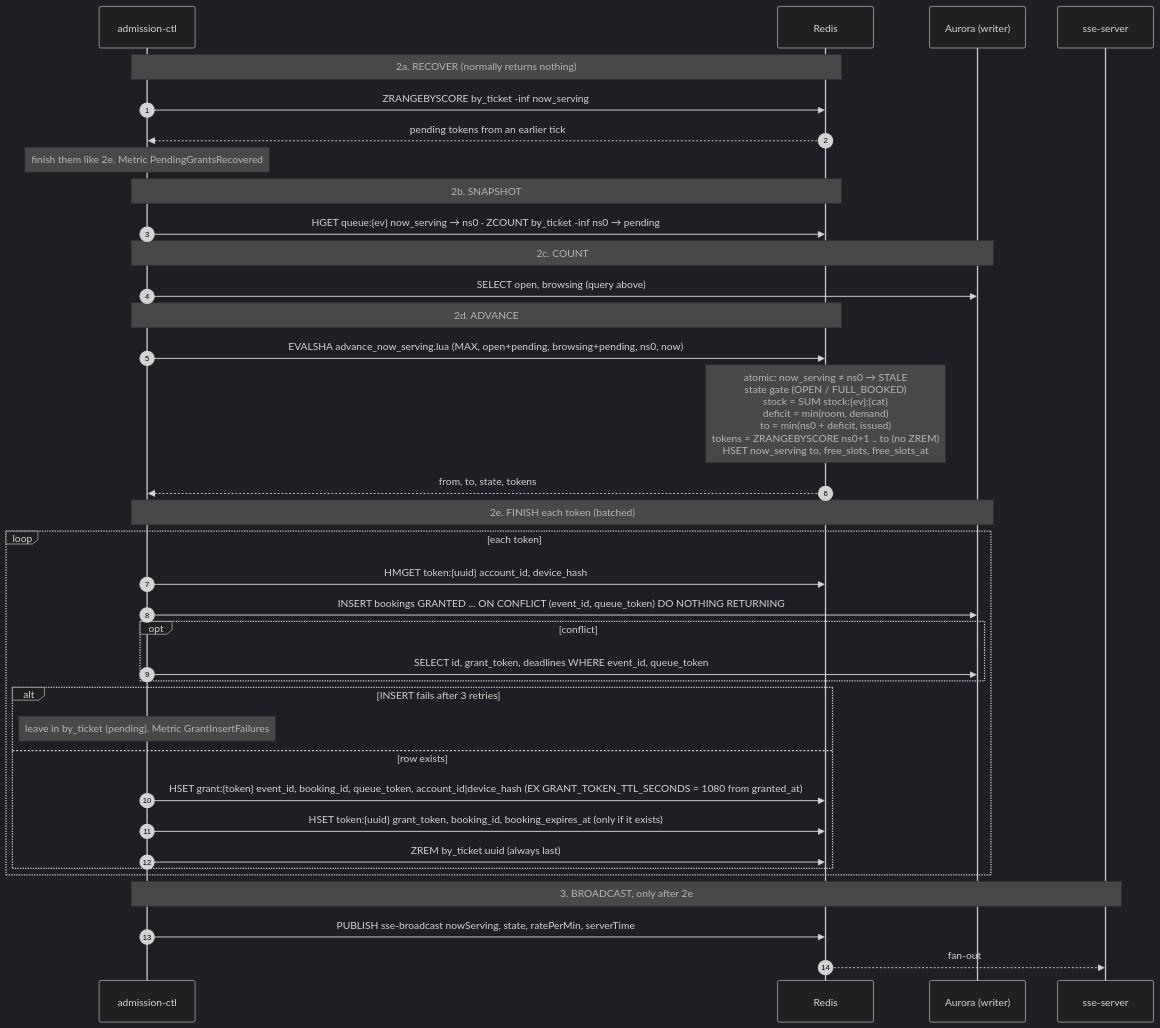
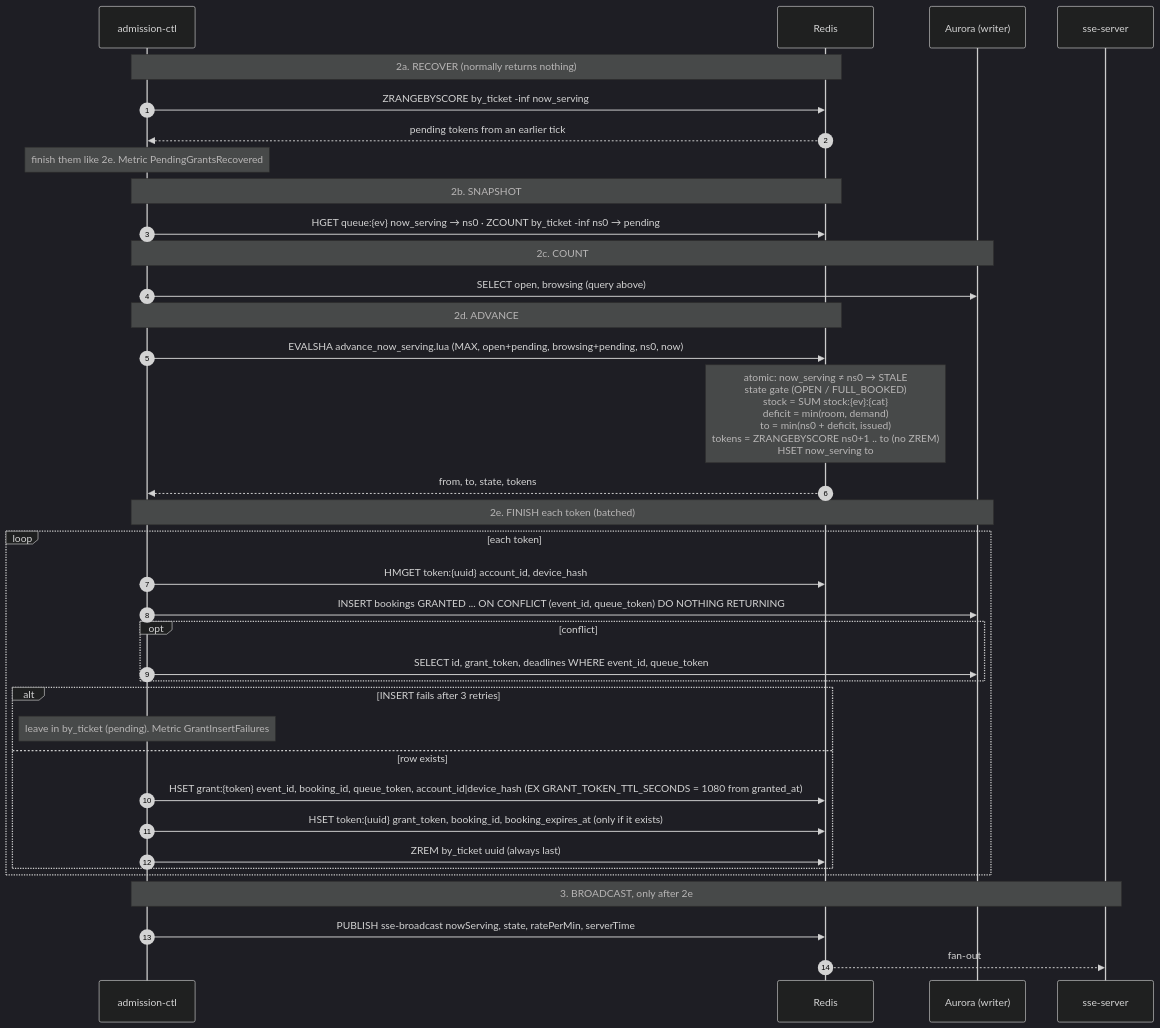
The third of 4 diagrams in docs/04-queue/05-admission-controller.md (PTServerJanganTumbang-BookingTicket/be-rusuh-war-ticketing), drawn with Mermaid (dark theme) before and after one commit. The commit also changed other lines of this file and 29 other files, not shown here.

````diff
--- a/docs/04-queue/05-admission-controller.md
+++ b/docs/04-queue/05-admission-controller.md
@@ -155,44 +150,44 @@
 ```mermaid
 sequenceDiagram
     autonumber
     participant CTL as admission-ctl
     participant R as Redis
     participant DB as Aurora (writer)
     participant SSE as sse-server
 
     Note over CTL,R: 2a. RECOVER (normally returns nothing)
     CTL->>R: ZRANGEBYSCORE by_ticket -inf now_serving
     R-->>CTL: pending tokens from an earlier tick
     Note over CTL: finish them like 2e. Metric PendingGrantsRecovered
 
     Note over CTL,R: 2b. SNAPSHOT
     CTL->>R: HGET queue:{ev} now_serving → ns0 · ZCOUNT by_ticket -inf ns0 → pending
 
     Note over CTL,DB: 2c. COUNT
     CTL->>DB: SELECT open, browsing (query above)
 
     Note over CTL,R: 2d. ADVANCE
     CTL->>R: EVALSHA advance_now_serving.lua (MAX, open+pending, browsing+pending, ns0, now)
-    Note over R: atomic: now_serving ≠ ns0 → STALE<br/>state gate (OPEN / FULL_BOOKED)<br/>stock = SUM stock:{ev}:{cat}<br/>deficit = min(room, demand)<br/>to = min(ns0 + deficit, issued)<br/>tokens = ZRANGEBYSCORE ns0+1 .. to (no ZREM)<br/>HSET now_serving to, free_slots, free_slots_at
+    Note over R: atomic: now_serving ≠ ns0 → STALE<br/>state gate (OPEN / FULL_BOOKED)<br/>stock = SUM stock:{ev}:{cat}<br/>deficit = min(room, demand)<br/>to = min(ns0 + deficit, issued)<br/>tokens = ZRANGEBYSCORE ns0+1 .. to (no ZREM)<br/>HSET now_serving to
     R-->>CTL: from, to, state, tokens
 
     Note over CTL,DB: 2e. FINISH each token (batched)
     loop each token
         CTL->>R: HMGET token:{uuid} account_id, device_hash
         CTL->>DB: INSERT bookings GRANTED ... ON CONFLICT (event_id, queue_token) DO NOTHING RETURNING
         opt conflict
             CTL->>DB: SELECT id, grant_token, deadlines WHERE event_id, queue_token
         end
         alt INSERT fails after 3 retries
             Note over CTL: leave in by_ticket (pending). Metric GrantInsertFailures
         else row exists
             CTL->>R: HSET grant:{token} event_id, booking_id, queue_token, account_id|device_hash (EX GRANT_TOKEN_TTL_SECONDS = 1080 from granted_at)
             CTL->>R: HSET token:{uuid} grant_token, booking_id, booking_expires_at (only if it exists)
             CTL->>R: ZREM by_ticket uuid (always last)
         end
     end
 
     Note over CTL,SSE: 3. BROADCAST, only after 2e
     CTL->>R: PUBLISH sse-broadcast nowServing, state, ratePerMin, serverTime
     R-->>SSE: fan-out
 ```
````
